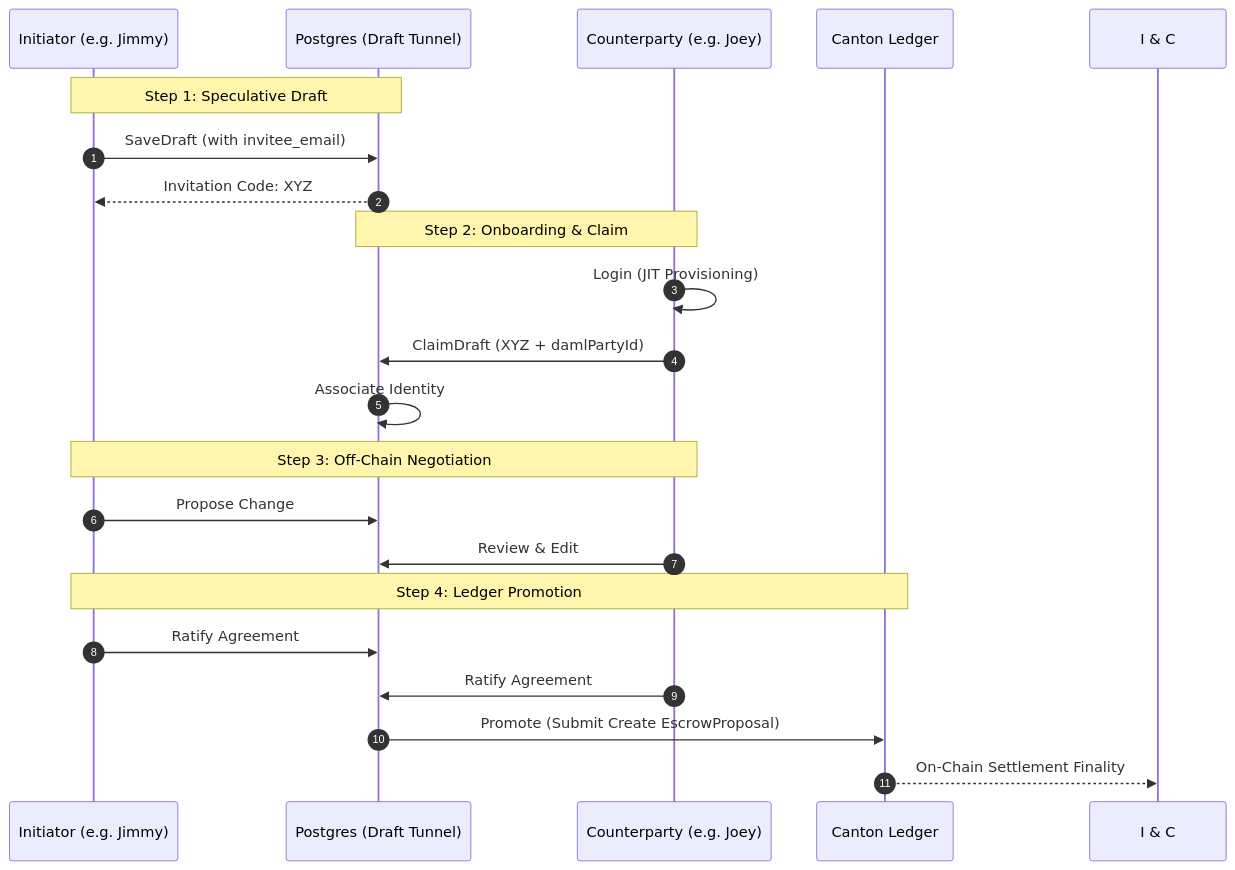
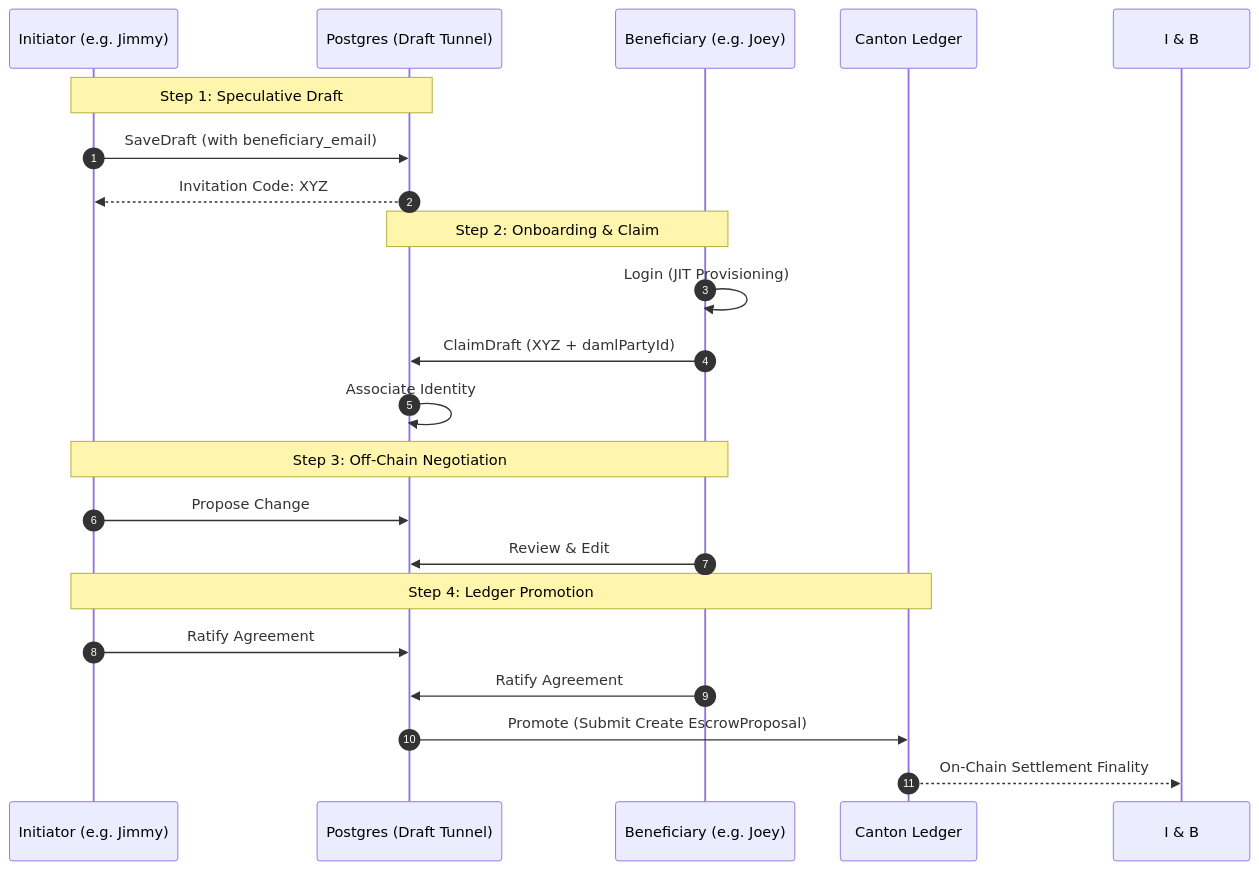
One commit to dhushon/daml-escrow changed the fifth of 5 diagrams in ARCHITECTURE_EVOLUTION.md. Above: the diagram before and after it, drawn with Mermaid. The commit also changed other lines of this file and 7 other files, not shown here.

````diff
--- a/ARCHITECTURE_EVOLUTION.md
+++ b/ARCHITECTURE_EVOLUTION.md
@@ -203,27 +203,27 @@
 ```mermaid
 sequenceDiagram
     autonumber
     participant I as Initiator (e.g. Jimmy)
     participant DB as Postgres (Draft Tunnel)
-    participant C as Counterparty (e.g. Joey)
+    participant B as Beneficiary (e.g. Joey)
     participant L as Canton Ledger
 
     Note over I,DB: Step 1: Speculative Draft
-    I->>DB: SaveDraft (with invitee_email)
+    I->>DB: SaveDraft (with beneficiary_email)
     DB-->>I: Invitation Code: XYZ
     
-    Note over C,DB: Step 2: Onboarding & Claim
-    C->>C: Login (JIT Provisioning)
-    C->>DB: ClaimDraft (XYZ + damlPartyId)
+    Note over B,DB: Step 2: Onboarding & Claim
+    B->>B: Login (JIT Provisioning)
+    B->>DB: ClaimDraft (XYZ + damlPartyId)
     DB->>DB: Associate Identity
     
-    Note over I,C: Step 3: Off-Chain Negotiation
+    Note over I,B: Step 3: Off-Chain Negotiation
     I->>DB: Propose Change
-    C->>DB: Review & Edit
+    B->>DB: Review & Edit
     
     Note over I,L: Step 4: Ledger Promotion
     I->>DB: Ratify Agreement
-    C->>DB: Ratify Agreement
+    B->>DB: Ratify Agreement
     DB->>L: Promote (Submit Create EscrowProposal)
-    L-->>I & C: On-Chain Settlement Finality
+    L-->>I & B: On-Chain Settlement Finality
 ```
````
